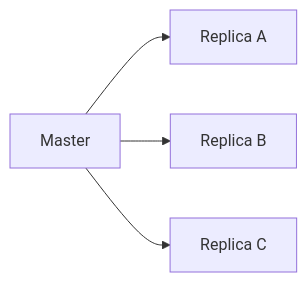
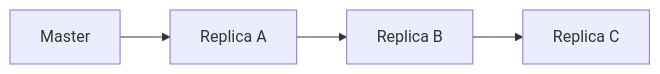
Before and after one commit to yjkim2015/yjkim2015.github.io: the sixth of 9 diagrams in _posts/redis/2026-05-01-redis-replication.md, drawn with Mermaid. The commit also changed other lines of this file and 122 other files, not shown here.

````diff
--- a/_posts/redis/2026-05-01-redis-replication.md
+++ b/_posts/redis/2026-05-01-redis-replication.md
@@ -148,6 +141,6 @@
 ```mermaid
 graph LR
-    M[Master] --> RA[Replica A]
-    M --> RB[Replica B]
-    M --> RC[Replica C]
+    M["Master"] --> RA["Replica A"]
+    RA --> RB["Replica B"]
+    RB --> RC["Replica C"]
 ```
````
